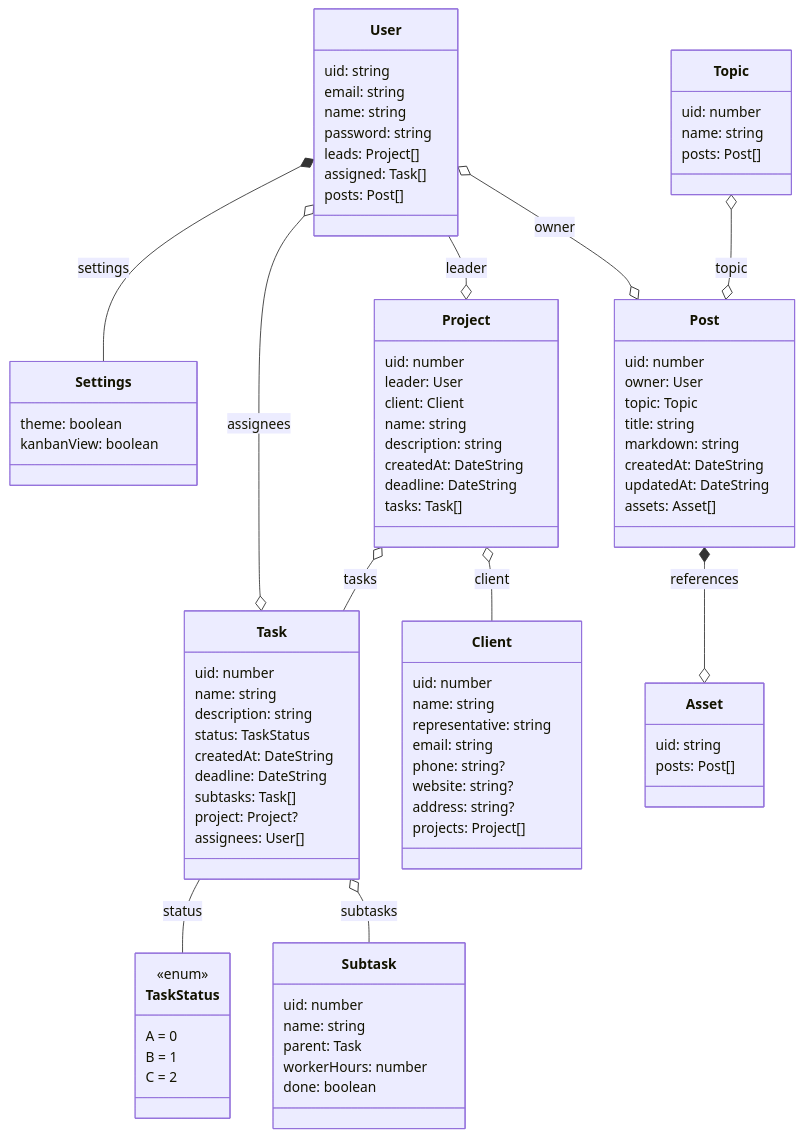
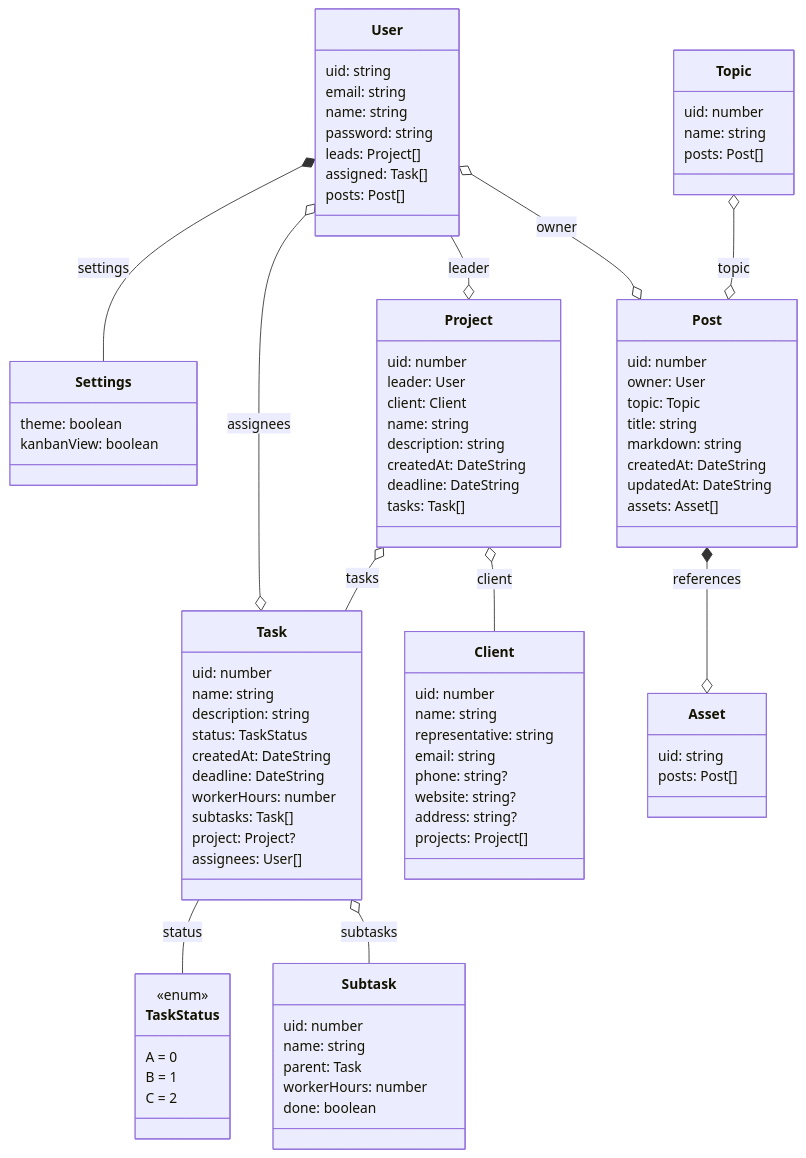
Before and after one commit to lborocs/22cob290-part2-team-07: the diagram in design/schema.md, drawn with Mermaid. The commit also changed 3 other files, not shown here.

Commit message:
workerHours for a normal task

```diff
--- a/design/schema.md
+++ b/design/schema.md
@@ -30,6 +30,7 @@
 	status: TaskStatus
 	createdAt: DateString
 	deadline: DateString
+	workerHours: number
 	subtasks: Task[]
 	project: Project?
 	assignees: User[]
```
